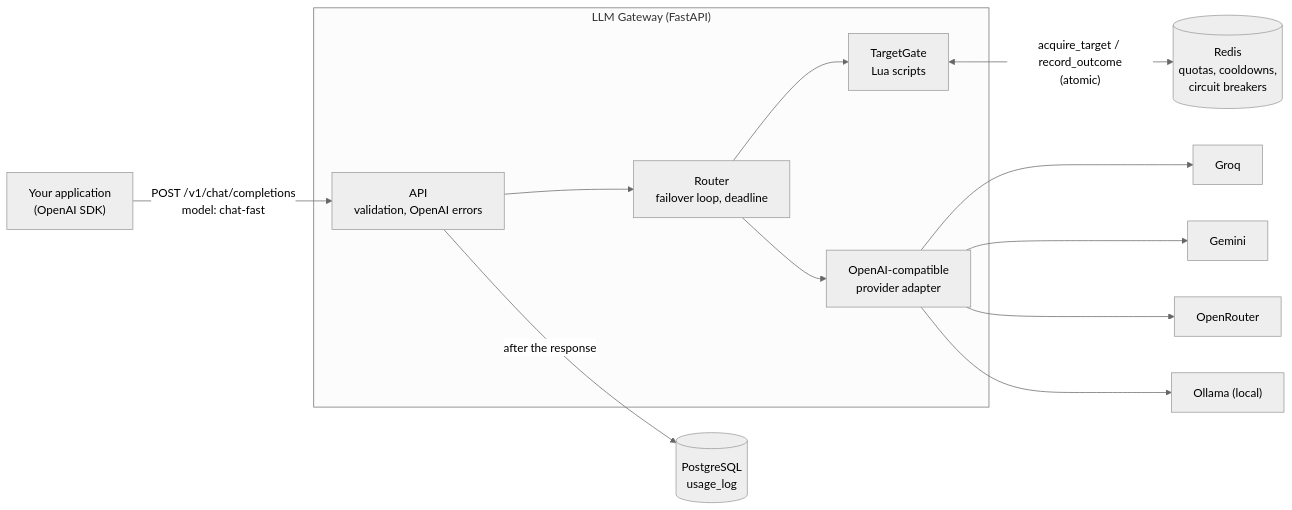
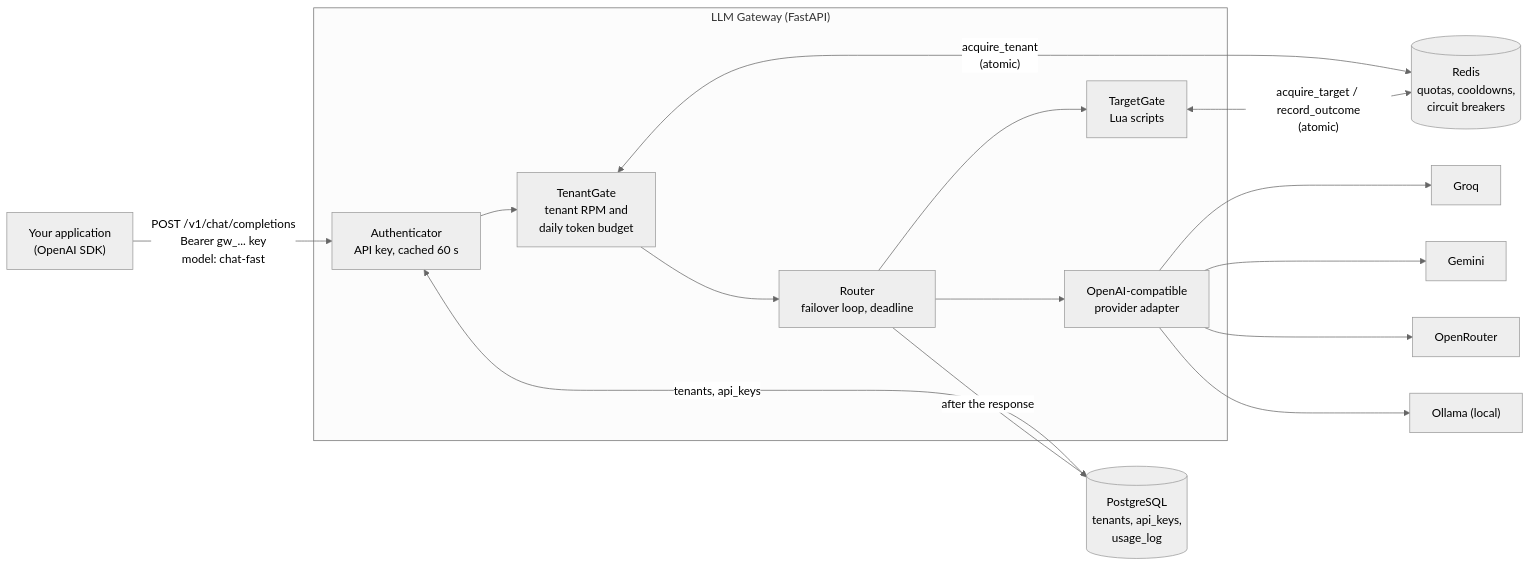
Before and after one commit to EmeranYoa/llm-gateway: the first of 2 diagrams in README.md, drawn with Mermaid (neutral theme). The commit also changed other lines of this file, not shown here.

First line of the commit message:
docs: document API keys and tenants in the README

````diff
--- a/README.md
+++ b/README.md
@@ -26,17 +28,20 @@
 ```mermaid
 flowchart LR
-    app["Your application<br/>(OpenAI SDK)"] -->|"POST /v1/chat/completions<br/>model: chat-fast"| api
+    app["Your application<br/>(OpenAI SDK)"] -->|"POST /v1/chat/completions<br/>Bearer gw_... key<br/>model: chat-fast"| auth
 
     subgraph gateway["LLM Gateway (FastAPI)"]
-        api["API<br/>validation, OpenAI errors"] --> router["Router<br/>failover loop, deadline"]
+        auth["Authenticator<br/>API key, cached 60 s"] --> tenant["TenantGate<br/>tenant RPM and<br/>daily token budget"]
+        tenant --> router["Router<br/>failover loop, deadline"]
         router --> gate["TargetGate<br/>Lua scripts"]
         router --> adapter["OpenAI-compatible<br/>provider adapter"]
     end
 
+    auth <-->|"tenants, api_keys"| pg
+    tenant <-->|"acquire_tenant<br/>(atomic)"| redis
     gate <-->|"acquire_target / record_outcome<br/>(atomic)"| redis[("Redis<br/>quotas, cooldowns,<br/>circuit breakers")]
     adapter --> groq["Groq"]
     adapter --> gemini["Gemini"]
     adapter --> openrouter["OpenRouter"]
     adapter --> ollama["Ollama (local)"]
-    api -->|"after the response"| pg[("PostgreSQL<br/>usage_log")]
+    router -->|"after the response"| pg[("PostgreSQL<br/>tenants, api_keys,<br/>usage_log")]
 ```
````
